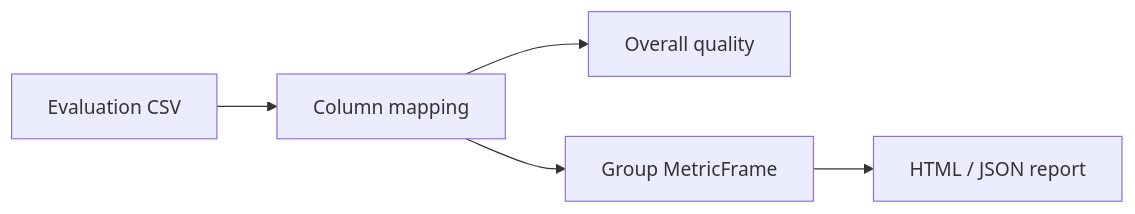
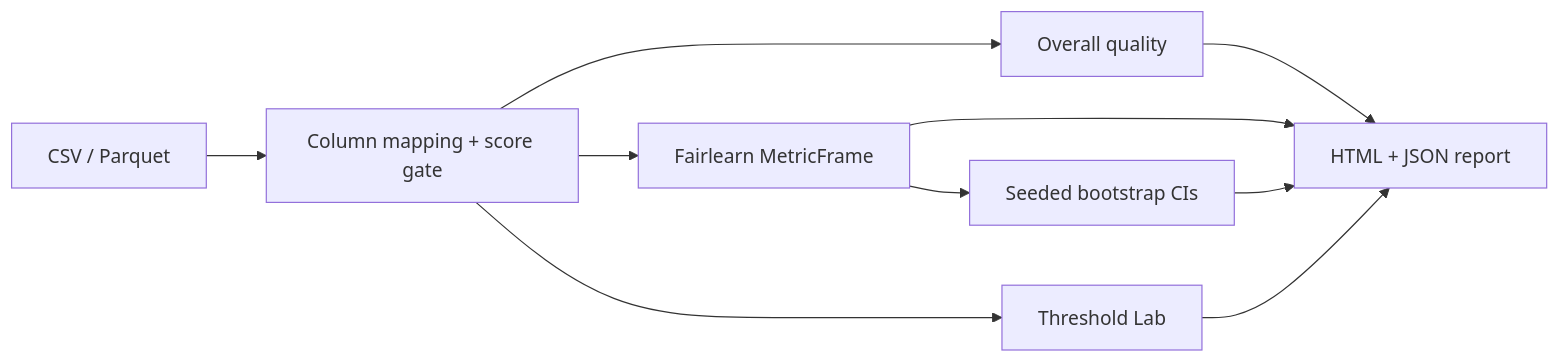
One commit to hasanhuseyinyetkiner/fairhire-audit changed the diagram in README.md. Above: the diagram before and after it, drawn with Mermaid. The commit also changed other lines of this file and 10 other files, not shown here.

````diff
--- a/README.md
+++ b/README.md
@@ -38,7 +45,12 @@
 ```mermaid
 flowchart LR
-  CSV[Evaluation CSV] --> M[Column mapping]
+  CSV[CSV / Parquet] --> M[Column mapping + score gate]
   M --> Q[Overall quality]
-  M --> G[Group MetricFrame]
-  G --> R[HTML / JSON report]
+  M --> G[Fairlearn MetricFrame]
+  G --> B[Seeded bootstrap CIs]
+  M --> T[Threshold Lab]
+  Q --> R[HTML + JSON report]
+  G --> R
+  B --> R
+  T --> R
 ```
````
